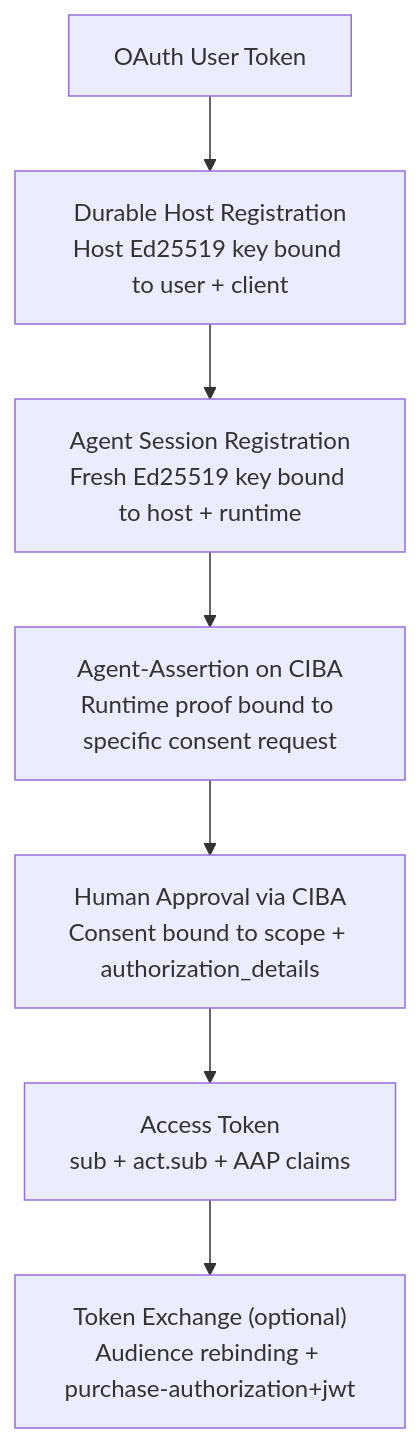
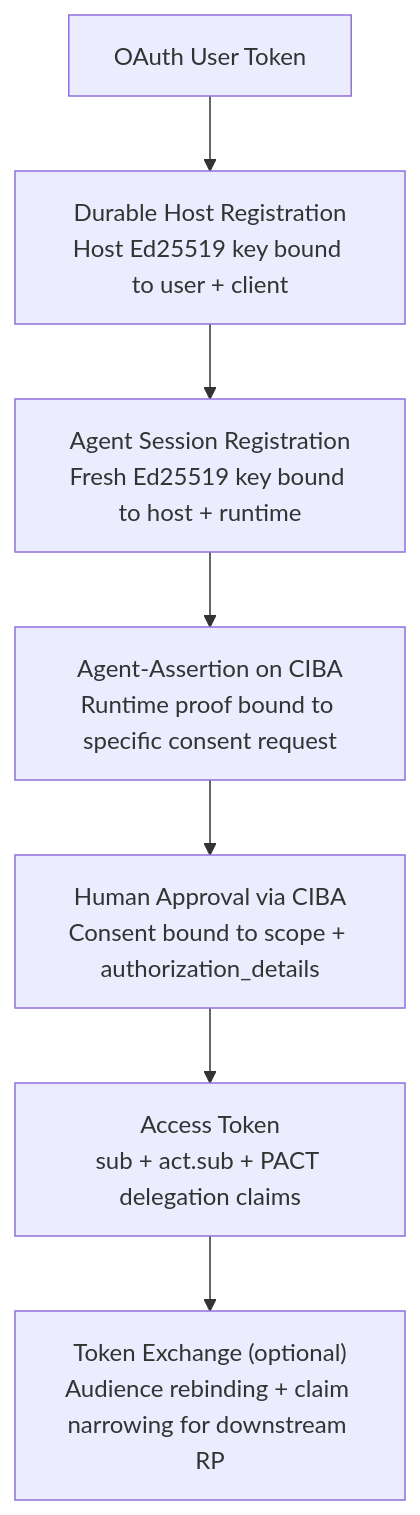
Before and after one commit to gustavovalverde/zentity: the fifth of 5 diagrams in docs/(specs)/pact-v0.1-draft.md, drawn with Mermaid. The commit also changed other lines of this file and 9 other files, not shown here.

First line of the commit message:
fix(web,docs): drop purchase-authorization URN; enforce JWT typ on agent attestations

````diff
--- a/docs/(specs)/pact-v0.1-draft.md
+++ b/docs/(specs)/pact-v0.1-draft.md
@@ -975,10 +908,10 @@
 ```mermaid
 flowchart TD
     A["OAuth User Token"] --> B
     B["Durable Host Registration\nHost Ed25519 key bound to user + client"] --> C
     C["Agent Session Registration\nFresh Ed25519 key bound to host + runtime"] --> D
     D["Agent-Assertion on CIBA\nRuntime proof bound to specific consent request"] --> E
     E["Human Approval via CIBA\nConsent bound to scope + authorization_details"] --> F
-    F["Access Token\nsub + act.sub + AAP claims"] --> G
-    G["Token Exchange (optional)\nAudience rebinding + purchase-authorization+jwt"]
+    F["Access Token\nsub + act.sub + PACT delegation claims"] --> G
+    G["Token Exchange (optional)\nAudience rebinding + claim narrowing for downstream RP"]
 ```
````
